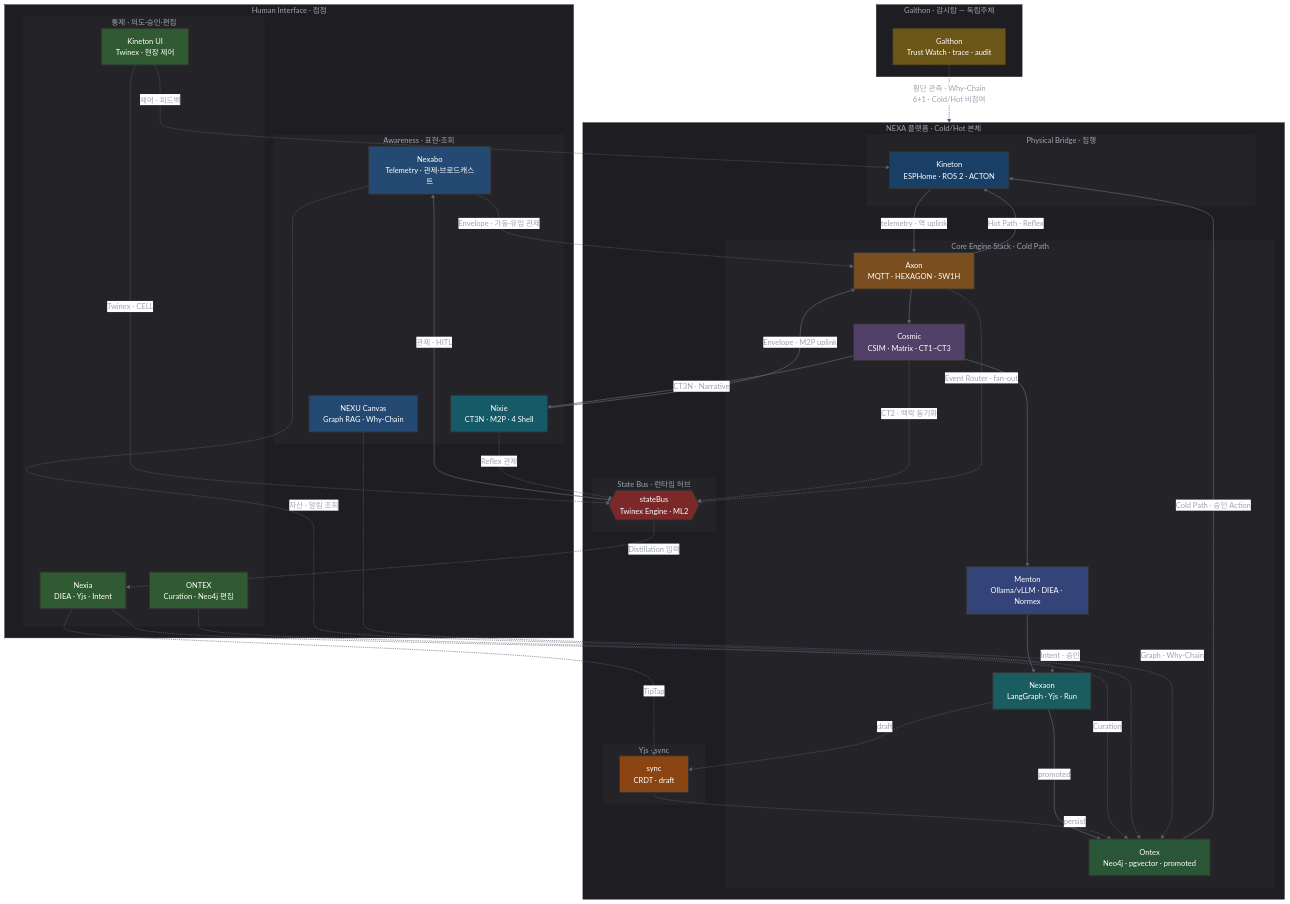
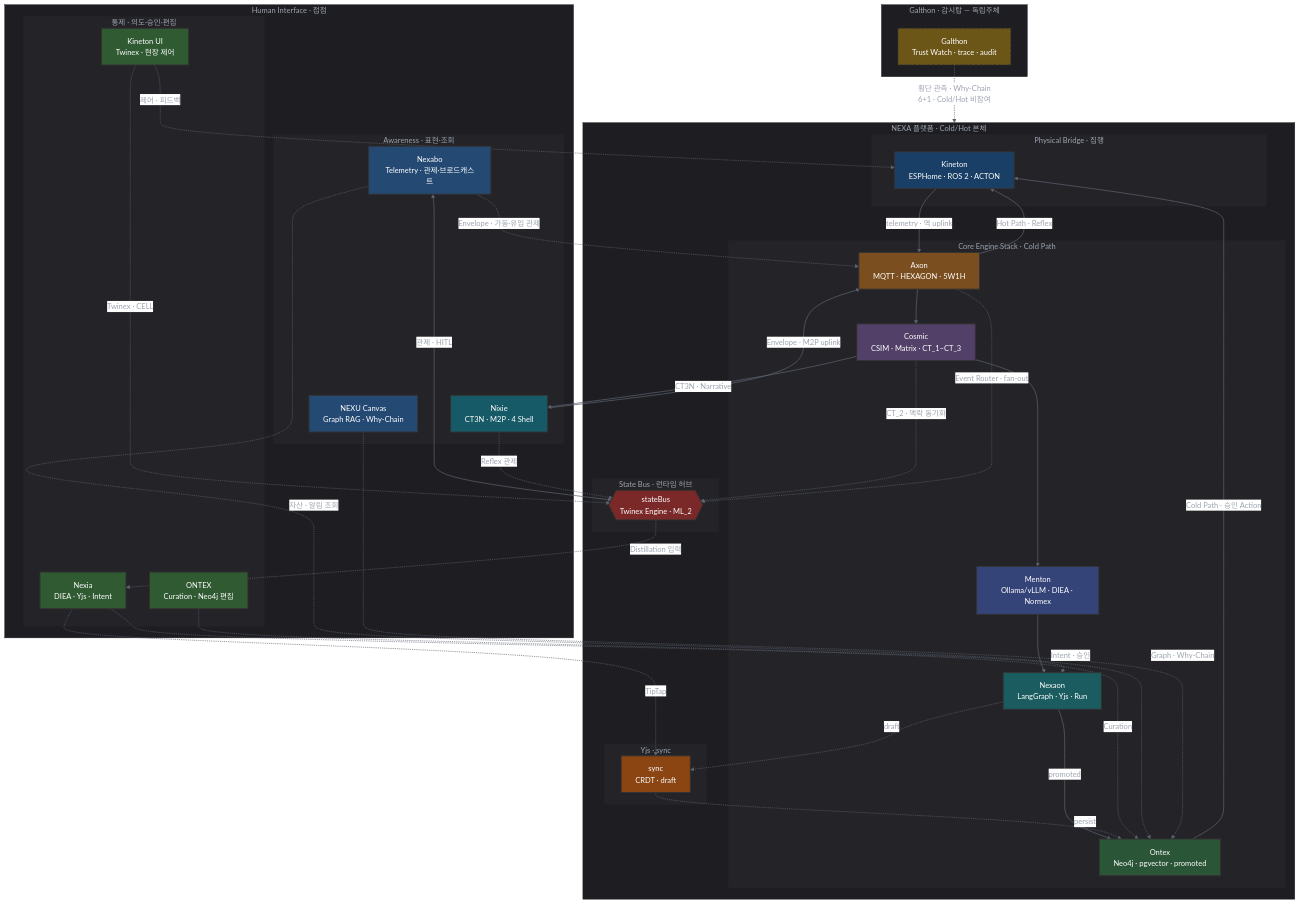
The diagram in NEXA V2.0/APP_V2.0/08_TDD/NEXAOS/08_TDD_NEXAOS_전역아키텍처표준_GlobalArchitectureStandard_v1.0.md (U2SOUTION/NEXA), drawn with Mermaid (neutral theme) before and after one commit. The commit also changed other lines of this file and 37 other files, not shown here.

```diff
--- a/NEXA V2.0/APP_V2.0/08_TDD/NEXAOS/08_TDD_NEXAOS_전역아키텍처표준_GlobalArchitectureStandard_v1.0.md
+++ b/NEXA V2.0/APP_V2.0/08_TDD/NEXAOS/08_TDD_NEXAOS_전역아키텍처표준_GlobalArchitectureStandard_v1.0.md
@@ -87,7 +87,7 @@
     subgraph Platform [NEXA 플랫폼 · Cold/Hot 본체]
         subgraph Core_Engine [Core Engine Stack · Cold Path]
             axon["Axon<br/>MQTT · HEXAGON · 5W1H"]:::layerAL
-            cosmic["Cosmic<br/>CSIM · Matrix · CT1~CT3"]:::layerCL
+            cosmic["Cosmic<br/>CSIM · Matrix · CT_1~CT_3"]:::layerCL
             menton["Menton<br/>Ollama/vLLM · DIEA · Normex"]:::layerML
             nexaon["Nexaon<br/>LangGraph · Yjs · Run"]:::layerNL
             ontex["Ontex<br/>Neo4j · pgvector · promoted"]:::layerOL
@@ -101,7 +101,7 @@
         end
 
         subgraph Runtime_Bus [State Bus · 런타임 허브]
-            stateBus{{"stateBus<br/>Twinex Engine · ML2"}}:::infraBus
+            stateBus{{"stateBus<br/>Twinex Engine · ML_2"}}:::infraBus
         end
 
         subgraph Physical_Bridge [Physical Bridge · 집행]
@@ -126,7 +126,7 @@
     nexu -.->|Graph · Why-Chain| ontex
     kineton_ui -.->|제어 · 피드백| kineton
 
-    cosmic -.->|CT2 · 맥락 동기화| stateBus
+    cosmic -.->|CT_2 · 맥락 동기화| stateBus
     axon -.->|Event Router · fan-out| stateBus
     stateBus -.->|Distillation 입력| nexia
     nexabo <-->|관제 · HITL| stateBus
```
